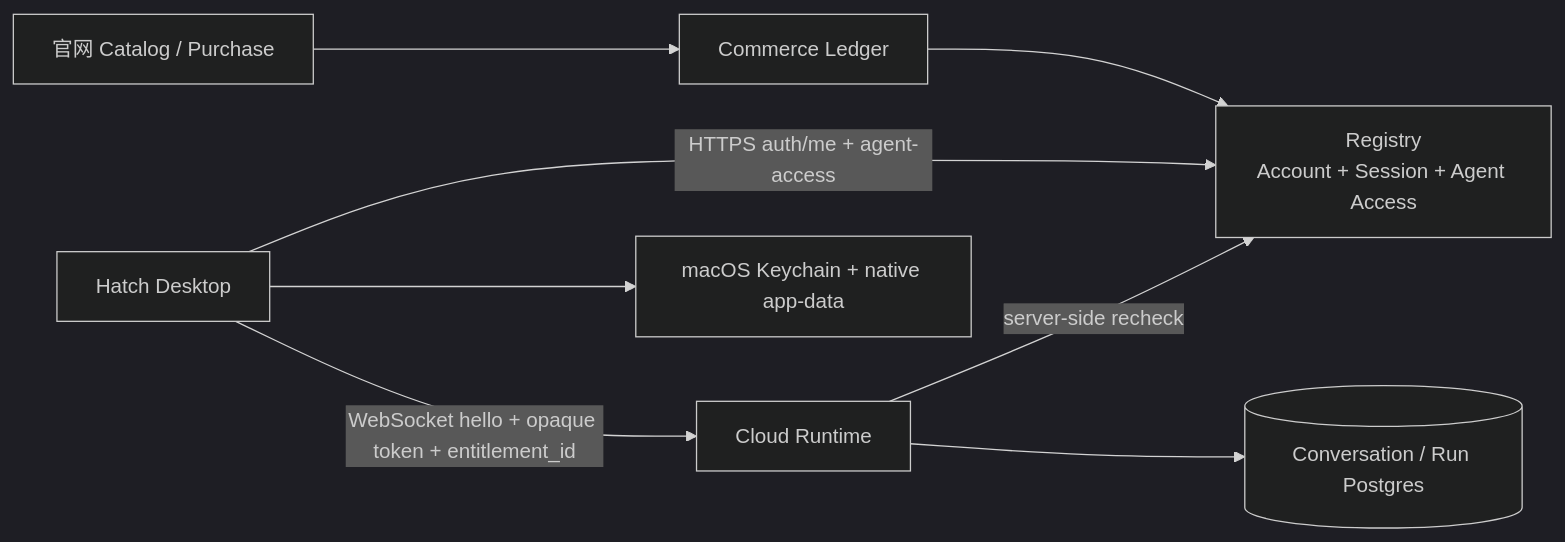
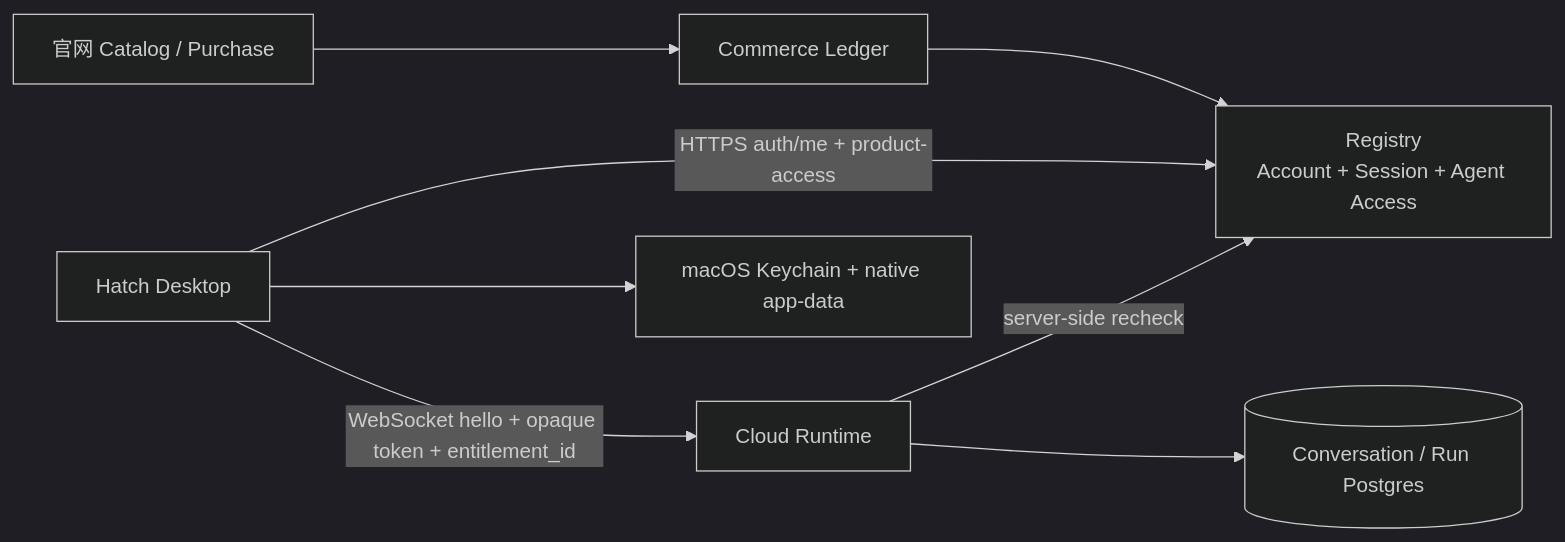
The diagram in docs/spec-desktop-auth-and-agent-access-v1.md (keithhchen/hatch), drawn with Mermaid (dark theme) before and after one commit. The commit also changed other lines of this file and 23 other files, not shown here.

Commit message:
fix: cut over desktop and registry identities to UUID routes

````diff
--- a/docs/spec-desktop-auth-and-agent-access-v1.md
+++ b/docs/spec-desktop-auth-and-agent-access-v1.md
@@ -40,10 +40,10 @@
 ```mermaid
 flowchart LR
   Website[官网 Catalog / Purchase] --> Commerce[Commerce Ledger]
   Commerce --> Registry[Registry\nAccount + Session + Agent Access]
-  Desktop[Hatch Desktop] -->|HTTPS auth/me + agent-access| Registry
+  Desktop[Hatch Desktop] -->|HTTPS auth/me + product-access| Registry
   Desktop -->|WebSocket hello + opaque token + entitlement_id| Runtime[Cloud Runtime]
   Runtime -->|server-side recheck| Registry
   Runtime --> Postgres[(Conversation / Run Postgres)]
   Desktop --> Native[macOS Keychain + native app-data]
 ```
````
